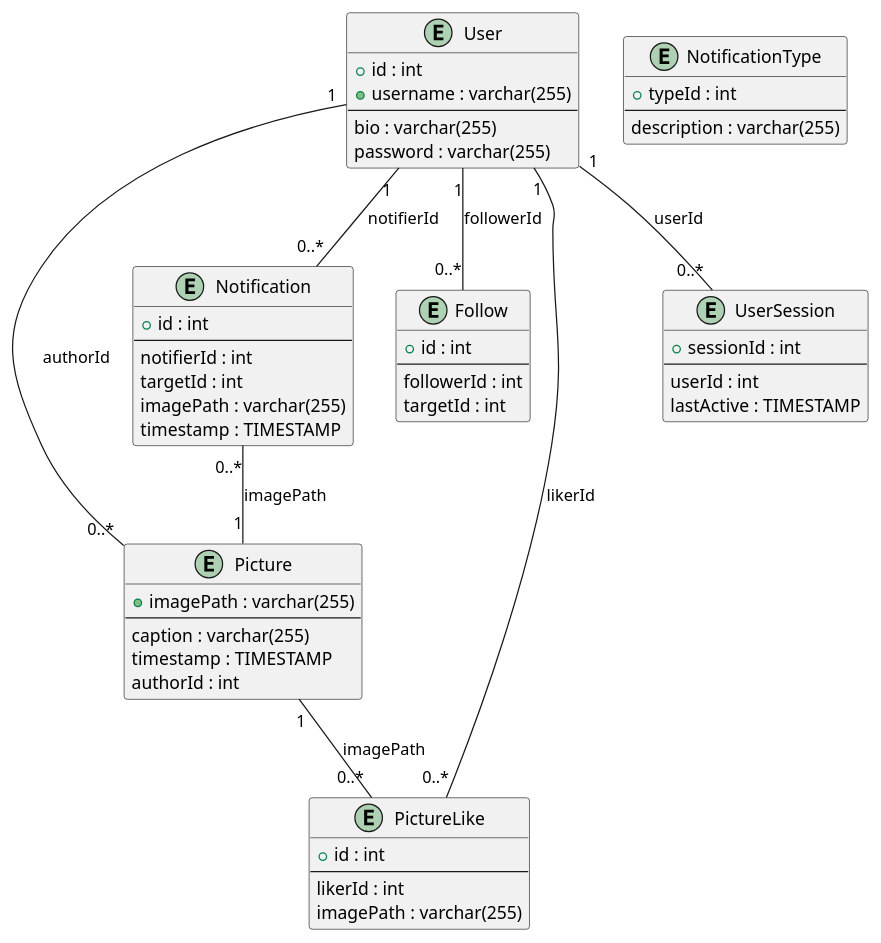
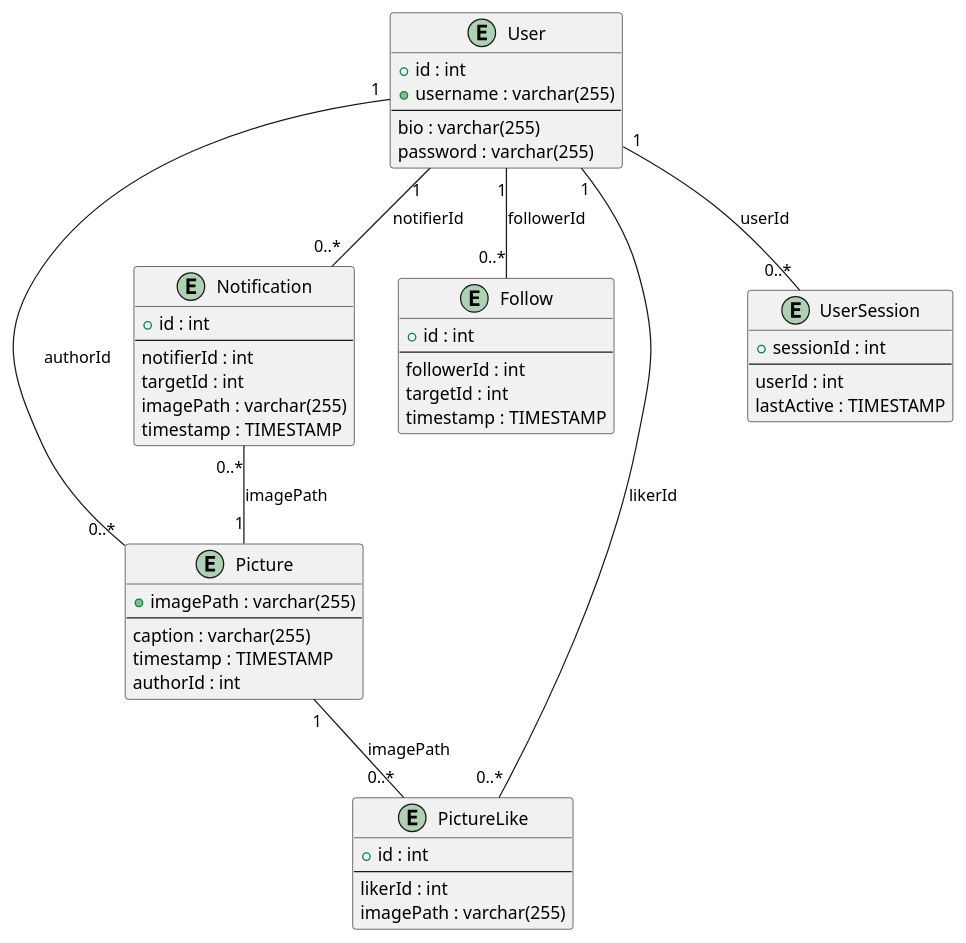
The diagram in PUML/erd.puml (MaxGurbanli/Quackstagram), drawn with PlantUML before and after one commit. The commit also changed 2 other files, not shown here.

Commit message:
Remove NotificationType, add timestamp to Follow

```diff
--- a/PUML/erd.puml
+++ b/PUML/erd.puml
@@ -1,63 +1,58 @@
 @startuml QuackstagramERD
 
 entity "User" as user {
   + id : int
   + username : varchar(255)
   --
   bio : varchar(255)
   password : varchar(255)
 }
 
 entity "Picture" as picture {
   + imagePath : varchar(255)
   --
   caption : varchar(255)
   timestamp : TIMESTAMP
   authorId : int
 }
 
 entity "PictureLike" as picturelike {
   + id : int
   --
   likerId : int
   imagePath : varchar(255)
 }
 
 entity "Follow" as follow {
   + id : int
   --
   followerId : int
   targetId : int
+  timestamp : TIMESTAMP
 }
 
 entity "Notification" as notification {
   + id : int
   --
   notifierId : int
   targetId : int
   imagePath : varchar(255)
   timestamp : TIMESTAMP
-}
-
-entity "NotificationType" as ntype {
-  + typeId : int
-  --
-  description : varchar(255)
 }
 
 entity "UserSession" as usersession {
   + sessionId : int
   --
   userId : int
   lastActive : TIMESTAMP
 }
 
 user "1" -- "0..*" picture : "authorId"
 user "1" -- "0..*" picturelike : "likerId"
 user "1" -- "0..*" follow : "followerId"
 user "1" -- "0..*" notification : "notifierId"
 user "1" -- "0..*" usersession : "userId"
 notification "0..*" -- "1" picture : "imagePath"
 picture "1" -- "0..*" picturelike : "imagePath"
 
 @enduml
```
